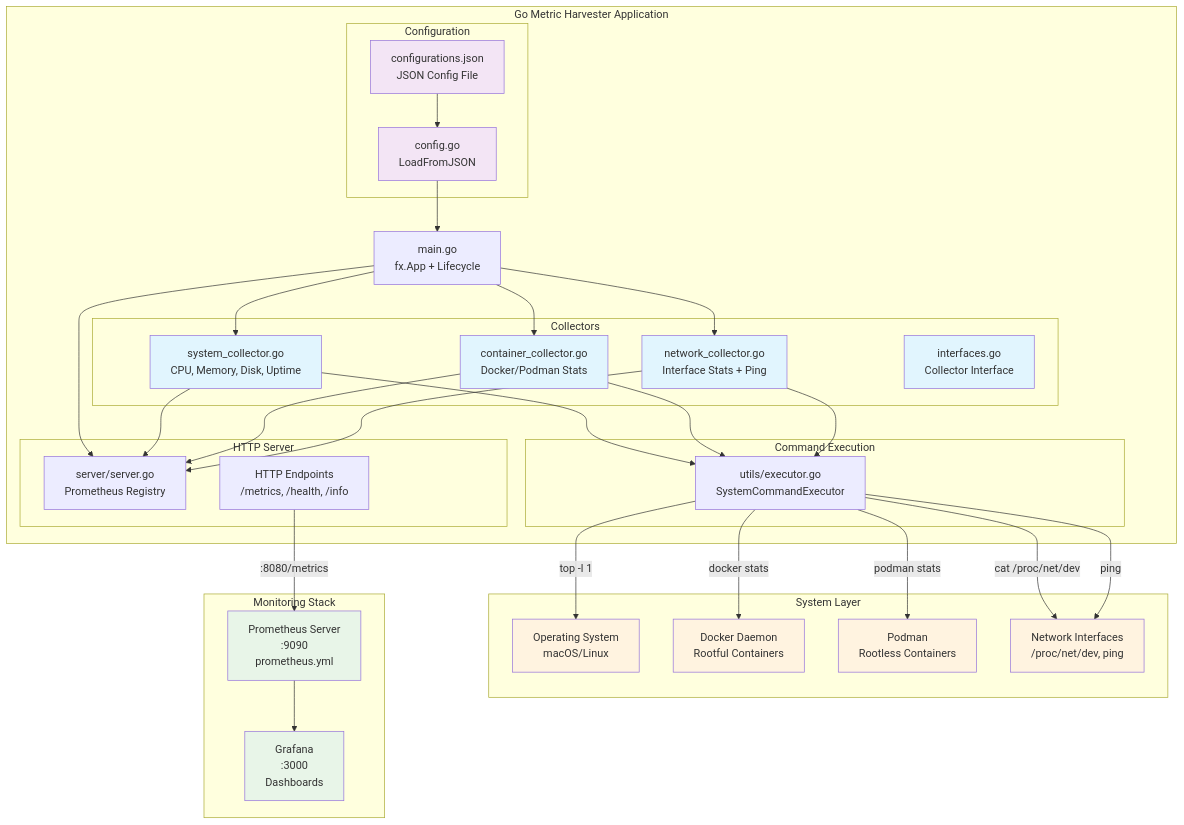
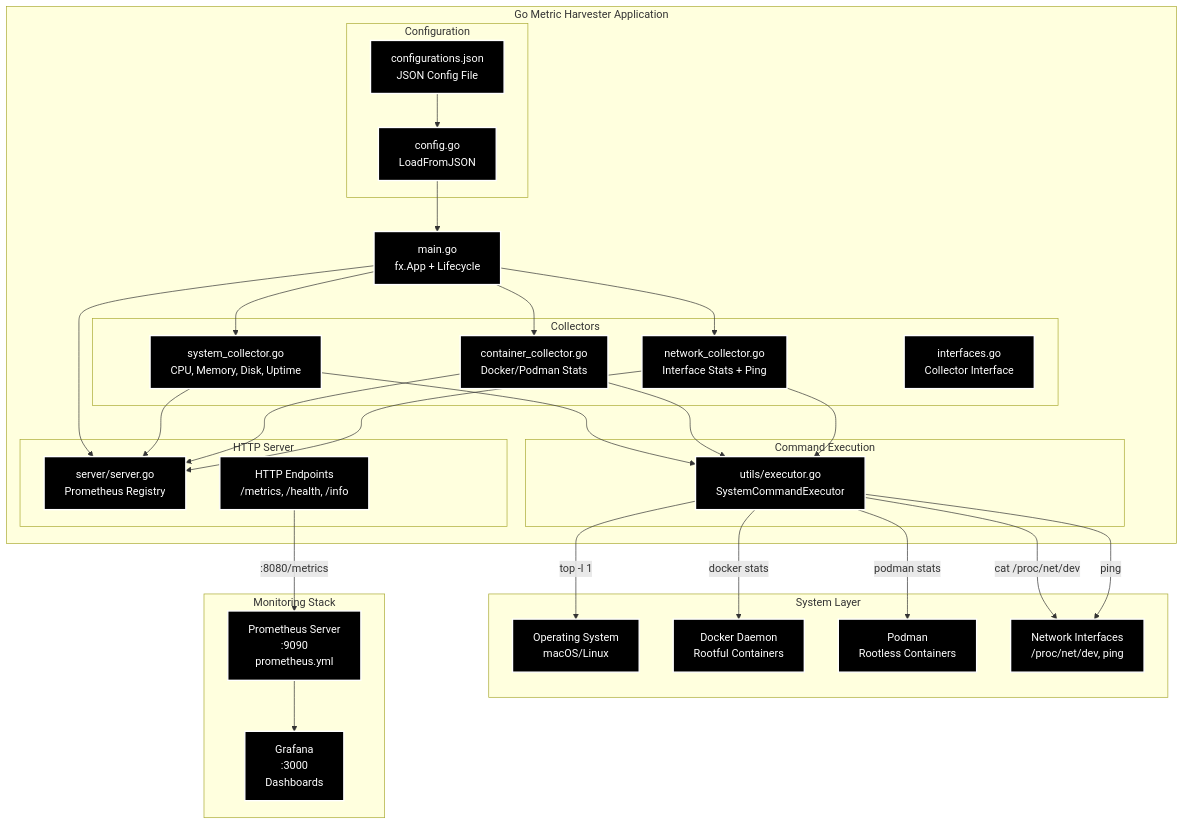
The diagram in README.md (Vineexoxo/Rootful-And-Rootless-Contrast), drawn with Mermaid before and after one commit.

Commit message:
Update readme diagram

````diff
--- a/README.md
+++ b/README.md
@@ -7,75 +7,68 @@
 ```mermaid
 graph TB
     subgraph "System Layer"
         OS[Operating System<br/>macOS/Linux]
         DOCKER[Docker Daemon<br/>Rootful Containers]
         PODMAN[Podman<br/>Rootless Containers]
         NET[Network Interfaces<br/>/proc/net/dev, ping]
     end
     
     subgraph "Go Metric Harvester Application"
         MAIN[main.go<br/>fx.App + Lifecycle]
         
         subgraph "Configuration"
             CONFIG[config.go<br/>LoadFromJSON]
             JSON[configurations.json<br/>JSON Config File]
         end
         
         subgraph "Command Execution"
             EXECUTOR[utils/executor.go<br/>SystemCommandExecutor]
         end
         
         subgraph "Collectors"
             SYSCOL[system_collector.go<br/>CPU, Memory, Disk, Uptime]
             CONCOL[container_collector.go<br/>Docker/Podman Stats]
             NETCOL[network_collector.go<br/>Interface Stats + Ping]
             IFACE[interfaces.go<br/>Collector Interface]
         end
         
         subgraph "HTTP Server"
             SERVER[server/server.go<br/>Prometheus Registry]
             ENDPOINTS[HTTP Endpoints<br/>/metrics, /health, /info]
         end
     end
     
     subgraph "Monitoring Stack"
         PROMETHEUS[Prometheus Server<br/>:9090<br/>prometheus.yml]
         GRAFANA[Grafana<br/>:3000<br/>Dashboards]
     end
     
     %% Data Flow
     JSON --> CONFIG
     CONFIG --> MAIN
     MAIN --> SERVER
     MAIN --> SYSCOL
     MAIN --> CONCOL  
     MAIN --> NETCOL
     
     SYSCOL --> EXECUTOR
     CONCOL --> EXECUTOR
     NETCOL --> EXECUTOR
     
     EXECUTOR -->|top -l 1| OS
     EXECUTOR -->|docker stats| DOCKER
     EXECUTOR -->|podman stats| PODMAN
     EXECUTOR -->|cat /proc/net/dev| NET
     EXECUTOR -->|ping| NET
     
     SYSCOL --> SERVER
     CONCOL --> SERVER
     NETCOL --> SERVER
     
     ENDPOINTS -->|:8080/metrics| PROMETHEUS
     PROMETHEUS --> GRAFANA
     
     %% Styling
-    classDef collector fill:#e1f5fe
-    classDef system fill:#fff3e0
-    classDef config fill:#f3e5f5
-    classDef monitoring fill:#e8f5e8
-    
-    class SYSCOL,CONCOL,NETCOL,IFACE collector
-    class OS,DOCKER,PODMAN,NET system
-    class CONFIG,JSON config
-    class PROMETHEUS,GRAFANA monitoring
+    classDef blackBox fill:#000000,stroke:#ffffff,stroke-width:2px,color:#ffffff
+    class OS,DOCKER,PODMAN,NET,MAIN,CONFIG,JSON,EXECUTOR,SYSCOL,CONCOL,NETCOL,IFACE,SERVER,ENDPOINTS,PROMETHEUS,GRAFANA blackBox
 ```
````
